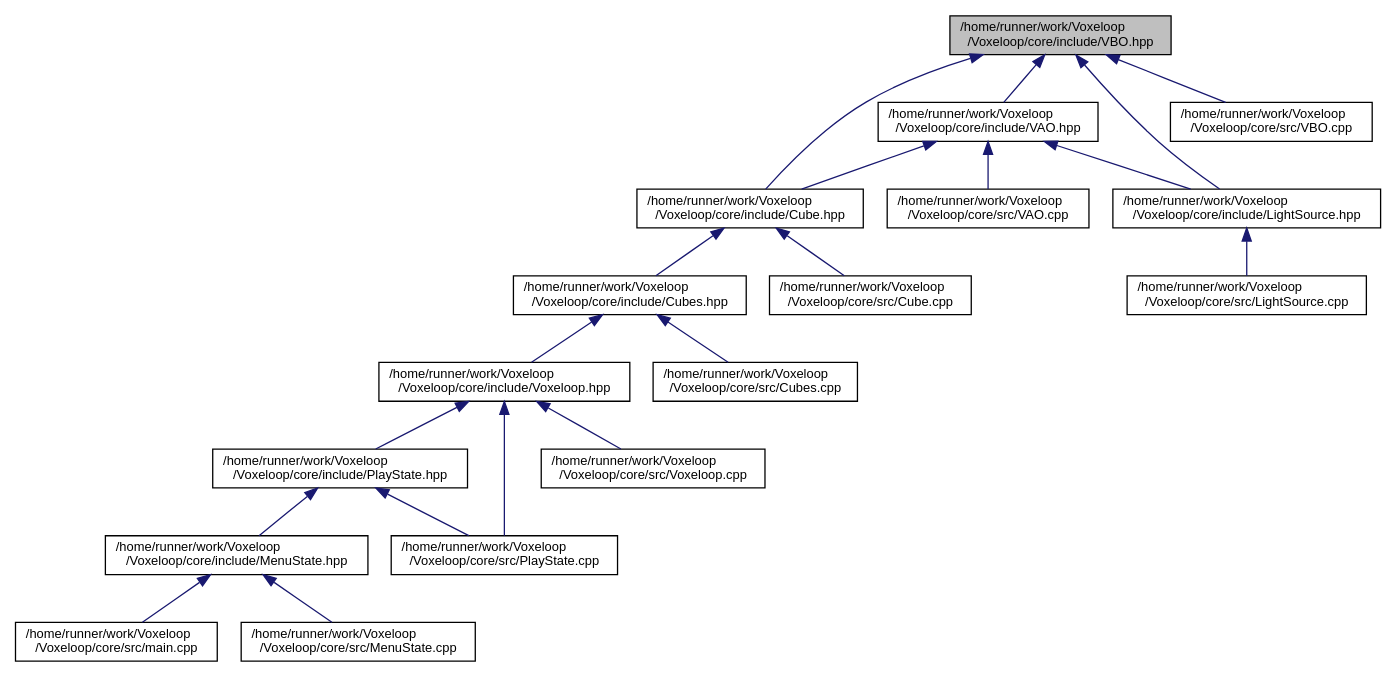
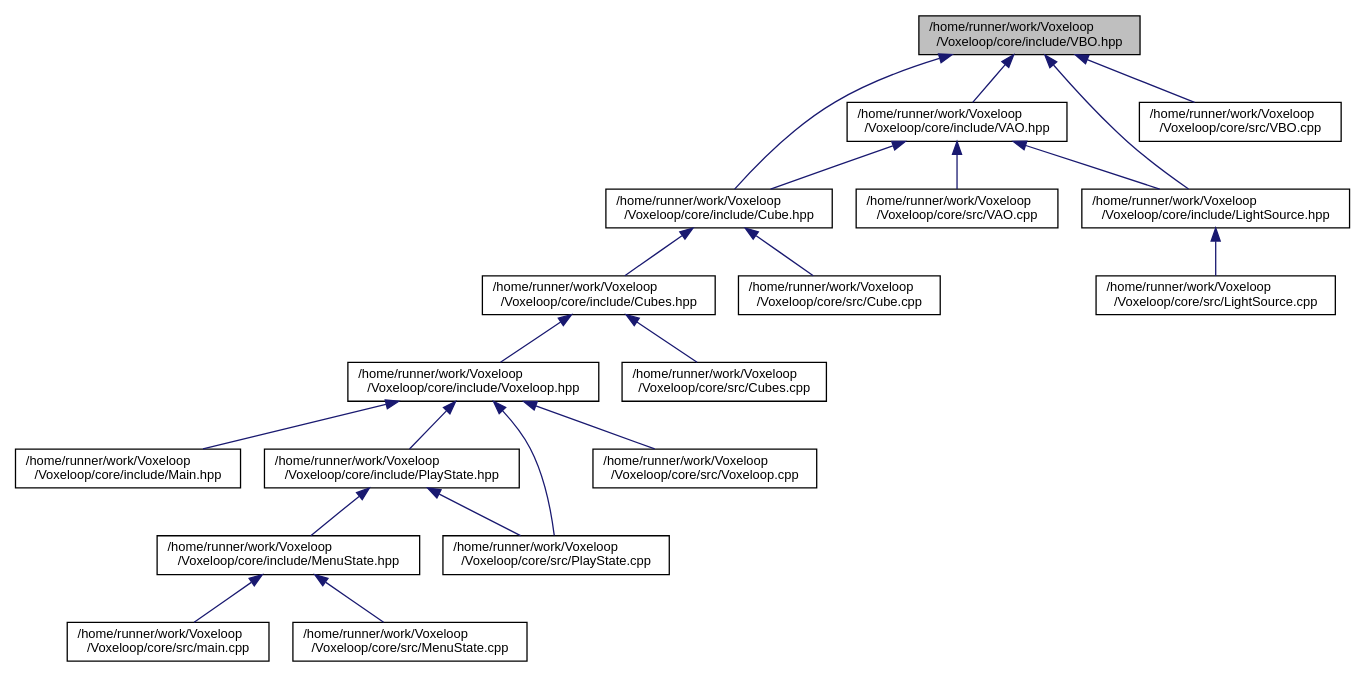
Before and after one commit to jarp0l/Voxeloop: the diagram in docs/VBO_8hpp__dep__incl.dot, drawn with Graphviz. The commit also changed 133 other files, not shown here.

```diff
--- a/docs/VBO_8hpp__dep__incl.dot
+++ b/docs/VBO_8hpp__dep__incl.dot
@@ -1,43 +1,45 @@
 digraph "/home/runner/work/Voxeloop/Voxeloop/core/include/VBO.hpp"
 {
  // INTERACTIVE_SVG=YES
  // LATEX_PDF_SIZE
   edge [fontname="Helvetica",fontsize="10",labelfontname="Helvetica",labelfontsize="10"];
   node [fontname="Helvetica",fontsize="10",shape=record];
   Node1 [label="/home/runner/work/Voxeloop\l/Voxeloop/core/include/VBO.hpp",height=0.2,width=0.4,color="black", fillcolor="grey75", style="filled", fontcolor="black",tooltip=" "];
   Node1 -> Node2 [dir="back",color="midnightblue",fontsize="10",style="solid",fontname="Helvetica"];
   Node2 [label="/home/runner/work/Voxeloop\l/Voxeloop/core/include/VAO.hpp",height=0.2,width=0.4,color="black", fillcolor="white", style="filled",URL="$VAO_8hpp.html",tooltip=" "];
   Node2 -> Node3 [dir="back",color="midnightblue",fontsize="10",style="solid",fontname="Helvetica"];
   Node3 [label="/home/runner/work/Voxeloop\l/Voxeloop/core/include/Cube.hpp",height=0.2,width=0.4,color="black", fillcolor="white", style="filled",URL="$Cube_8hpp.html",tooltip=" "];
   Node3 -> Node4 [dir="back",color="midnightblue",fontsize="10",style="solid",fontname="Helvetica"];
   Node4 [label="/home/runner/work/Voxeloop\l/Voxeloop/core/include/Cubes.hpp",height=0.2,width=0.4,color="black", fillcolor="white", style="filled",URL="$Cubes_8hpp.html",tooltip=" "];
   Node4 -> Node5 [dir="back",color="midnightblue",fontsize="10",style="solid",fontname="Helvetica"];
   Node5 [label="/home/runner/work/Voxeloop\l/Voxeloop/core/include/Voxeloop.hpp",height=0.2,width=0.4,color="black", fillcolor="white", style="filled",URL="$Voxeloop_8hpp.html",tooltip=" "];
   Node5 -> Node6 [dir="back",color="midnightblue",fontsize="10",style="solid",fontname="Helvetica"];
-  Node6 [label="/home/runner/work/Voxeloop\l/Voxeloop/core/include/PlayState.hpp",height=0.2,width=0.4,color="black", fillcolor="white", style="filled",URL="$PlayState_8hpp.html",tooltip=" "];
-  Node6 -> Node7 [dir="back",color="midnightblue",fontsize="10",style="solid",fontname="Helvetica"];
-  Node7 [label="/home/runner/work/Voxeloop\l/Voxeloop/core/include/MenuState.hpp",height=0.2,width=0.4,color="black", fillcolor="white", style="filled",URL="$MenuState_8hpp.html",tooltip=" "];
+  Node6 [label="/home/runner/work/Voxeloop\l/Voxeloop/core/include/Main.hpp",height=0.2,width=0.4,color="black", fillcolor="white", style="filled",URL="$Main_8hpp.html",tooltip=" "];
+  Node5 -> Node7 [dir="back",color="midnightblue",fontsize="10",style="solid",fontname="Helvetica"];
+  Node7 [label="/home/runner/work/Voxeloop\l/Voxeloop/core/include/PlayState.hpp",height=0.2,width=0.4,color="black", fillcolor="white", style="filled",URL="$PlayState_8hpp.html",tooltip=" "];
   Node7 -> Node8 [dir="back",color="midnightblue",fontsize="10",style="solid",fontname="Helvetica"];
-  Node8 [label="/home/runner/work/Voxeloop\l/Voxeloop/core/src/main.cpp",height=0.2,width=0.4,color="black", fillcolor="white", style="filled",URL="$main_8cpp.html",tooltip=" "];
-  Node7 -> Node9 [dir="back",color="midnightblue",fontsize="10",style="solid",fontname="Helvetica"];
-  Node9 [label="/home/runner/work/Voxeloop\l/Voxeloop/core/src/MenuState.cpp",height=0.2,width=0.4,color="black", fillcolor="white", style="filled",URL="$MenuState_8cpp.html",tooltip=" "];
-  Node6 -> Node10 [dir="back",color="midnightblue",fontsize="10",style="solid",fontname="Helvetica"];
-  Node10 [label="/home/runner/work/Voxeloop\l/Voxeloop/core/src/PlayState.cpp",height=0.2,width=0.4,color="black", fillcolor="white", style="filled",URL="$PlayState_8cpp.html",tooltip=" "];
-  Node5 -> Node10 [dir="back",color="midnightblue",fontsize="10",style="solid",fontname="Helvetica"];
+  Node8 [label="/home/runner/work/Voxeloop\l/Voxeloop/core/include/MenuState.hpp",height=0.2,width=0.4,color="black", fillcolor="white", style="filled",URL="$MenuState_8hpp.html",tooltip=" "];
+  Node8 -> Node9 [dir="back",color="midnightblue",fontsize="10",style="solid",fontname="Helvetica"];
+  Node9 [label="/home/runner/work/Voxeloop\l/Voxeloop/core/src/main.cpp",height=0.2,width=0.4,color="black", fillcolor="white", style="filled",URL="$main_8cpp.html",tooltip=" "];
+  Node8 -> Node10 [dir="back",color="midnightblue",fontsize="10",style="solid",fontname="Helvetica"];
+  Node10 [label="/home/runner/work/Voxeloop\l/Voxeloop/core/src/MenuState.cpp",height=0.2,width=0.4,color="black", fillcolor="white", style="filled",URL="$MenuState_8cpp.html",tooltip=" "];
+  Node7 -> Node11 [dir="back",color="midnightblue",fontsize="10",style="solid",fontname="Helvetica"];
+  Node11 [label="/home/runner/work/Voxeloop\l/Voxeloop/core/src/PlayState.cpp",height=0.2,width=0.4,color="black", fillcolor="white", style="filled",URL="$PlayState_8cpp.html",tooltip=" "];
   Node5 -> Node11 [dir="back",color="midnightblue",fontsize="10",style="solid",fontname="Helvetica"];
-  Node11 [label="/home/runner/work/Voxeloop\l/Voxeloop/core/src/Voxeloop.cpp",height=0.2,width=0.4,color="black", fillcolor="white", style="filled",URL="$Voxeloop_8cpp.html",tooltip=" "];
-  Node4 -> Node12 [dir="back",color="midnightblue",fontsize="10",style="solid",fontname="Helvetica"];
-  Node12 [label="/home/runner/work/Voxeloop\l/Voxeloop/core/src/Cubes.cpp",height=0.2,width=0.4,color="black", fillcolor="white", style="filled",URL="$Cubes_8cpp.html",tooltip=" "];
-  Node3 -> Node13 [dir="back",color="midnightblue",fontsize="10",style="solid",fontname="Helvetica"];
-  Node13 [label="/home/runner/work/Voxeloop\l/Voxeloop/core/src/Cube.cpp",height=0.2,width=0.4,color="black", fillcolor="white", style="filled",URL="$Cube_8cpp.html",tooltip=" "];
-  Node2 -> Node14 [dir="back",color="midnightblue",fontsize="10",style="solid",fontname="Helvetica"];
-  Node14 [label="/home/runner/work/Voxeloop\l/Voxeloop/core/include/LightSource.hpp",height=0.2,width=0.4,color="black", fillcolor="white", style="filled",URL="$LightSource_8hpp.html",tooltip=" "];
-  Node14 -> Node15 [dir="back",color="midnightblue",fontsize="10",style="solid",fontname="Helvetica"];
-  Node15 [label="/home/runner/work/Voxeloop\l/Voxeloop/core/src/LightSource.cpp",height=0.2,width=0.4,color="black", fillcolor="white", style="filled",URL="$LightSource_8cpp.html",tooltip=" "];
-  Node2 -> Node16 [dir="back",color="midnightblue",fontsize="10",style="solid",fontname="Helvetica"];
-  Node16 [label="/home/runner/work/Voxeloop\l/Voxeloop/core/src/VAO.cpp",height=0.2,width=0.4,color="black", fillcolor="white", style="filled",URL="$VAO_8cpp.html",tooltip=" "];
+  Node5 -> Node12 [dir="back",color="midnightblue",fontsize="10",style="solid",fontname="Helvetica"];
+  Node12 [label="/home/runner/work/Voxeloop\l/Voxeloop/core/src/Voxeloop.cpp",height=0.2,width=0.4,color="black", fillcolor="white", style="filled",URL="$Voxeloop_8cpp.html",tooltip=" "];
+  Node4 -> Node13 [dir="back",color="midnightblue",fontsize="10",style="solid",fontname="Helvetica"];
+  Node13 [label="/home/runner/work/Voxeloop\l/Voxeloop/core/src/Cubes.cpp",height=0.2,width=0.4,color="black", fillcolor="white", style="filled",URL="$Cubes_8cpp.html",tooltip=" "];
+  Node3 -> Node14 [dir="back",color="midnightblue",fontsize="10",style="solid",fontname="Helvetica"];
+  Node14 [label="/home/runner/work/Voxeloop\l/Voxeloop/core/src/Cube.cpp",height=0.2,width=0.4,color="black", fillcolor="white", style="filled",URL="$Cube_8cpp.html",tooltip=" "];
+  Node2 -> Node15 [dir="back",color="midnightblue",fontsize="10",style="solid",fontname="Helvetica"];
+  Node15 [label="/home/runner/work/Voxeloop\l/Voxeloop/core/include/LightSource.hpp",height=0.2,width=0.4,color="black", fillcolor="white", style="filled",URL="$LightSource_8hpp.html",tooltip=" "];
+  Node15 -> Node16 [dir="back",color="midnightblue",fontsize="10",style="solid",fontname="Helvetica"];
+  Node16 [label="/home/runner/work/Voxeloop\l/Voxeloop/core/src/LightSource.cpp",height=0.2,width=0.4,color="black", fillcolor="white", style="filled",URL="$LightSource_8cpp.html",tooltip=" "];
+  Node2 -> Node17 [dir="back",color="midnightblue",fontsize="10",style="solid",fontname="Helvetica"];
+  Node17 [label="/home/runner/work/Voxeloop\l/Voxeloop/core/src/VAO.cpp",height=0.2,width=0.4,color="black", fillcolor="white", style="filled",URL="$VAO_8cpp.html",tooltip=" "];
   Node1 -> Node3 [dir="back",color="midnightblue",fontsize="10",style="solid",fontname="Helvetica"];
-  Node1 -> Node14 [dir="back",color="midnightblue",fontsize="10",style="solid",fontname="Helvetica"];
-  Node1 -> Node17 [dir="back",color="midnightblue",fontsize="10",style="solid",fontname="Helvetica"];
-  Node17 [label="/home/runner/work/Voxeloop\l/Voxeloop/core/src/VBO.cpp",height=0.2,width=0.4,color="black", fillcolor="white", style="filled",URL="$VBO_8cpp.html",tooltip=" "];
+  Node1 -> Node15 [dir="back",color="midnightblue",fontsize="10",style="solid",fontname="Helvetica"];
+  Node1 -> Node18 [dir="back",color="midnightblue",fontsize="10",style="solid",fontname="Helvetica"];
+  Node18 [label="/home/runner/work/Voxeloop\l/Voxeloop/core/src/VBO.cpp",height=0.2,width=0.4,color="black", fillcolor="white", style="filled",URL="$VBO_8cpp.html",tooltip=" "];
 }
```
